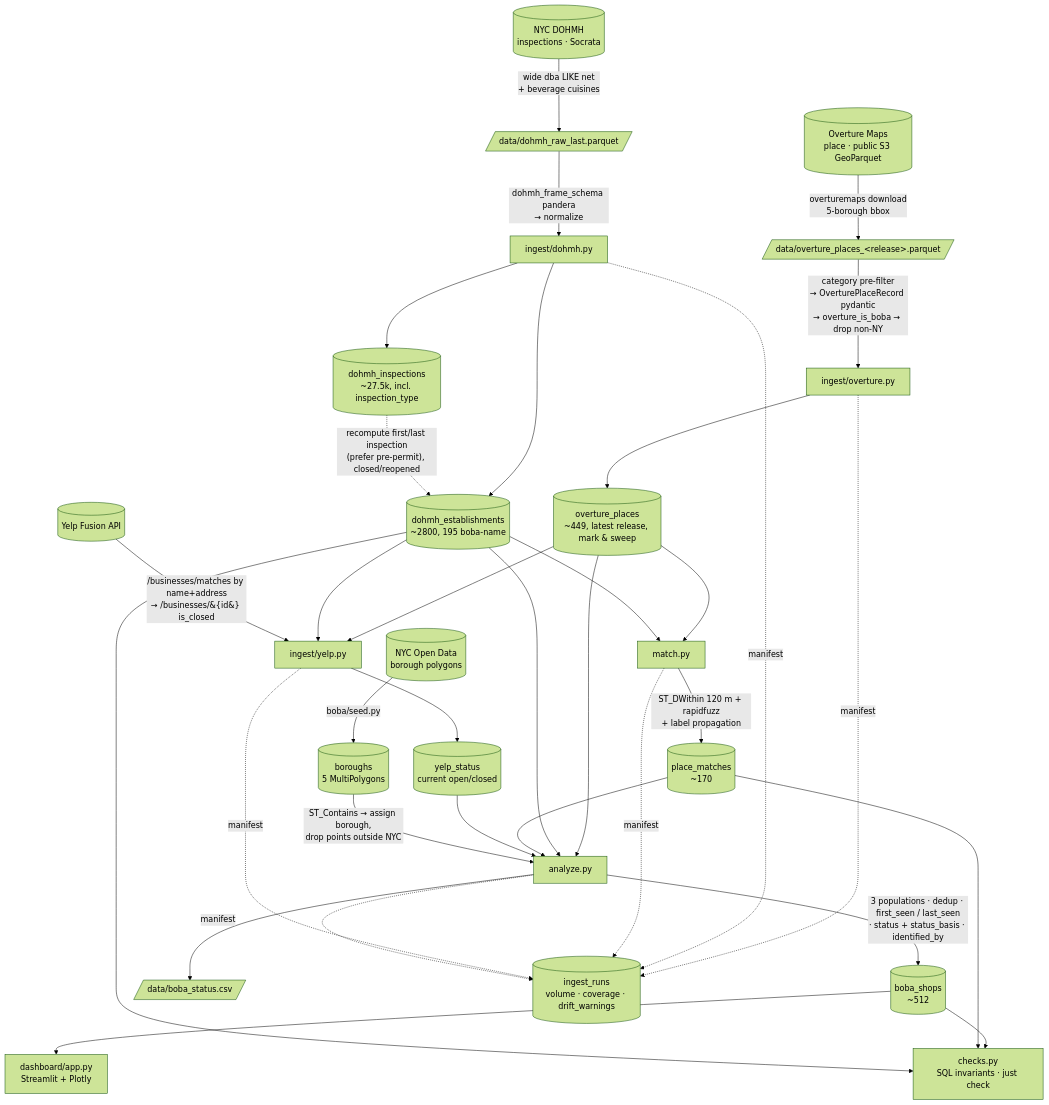
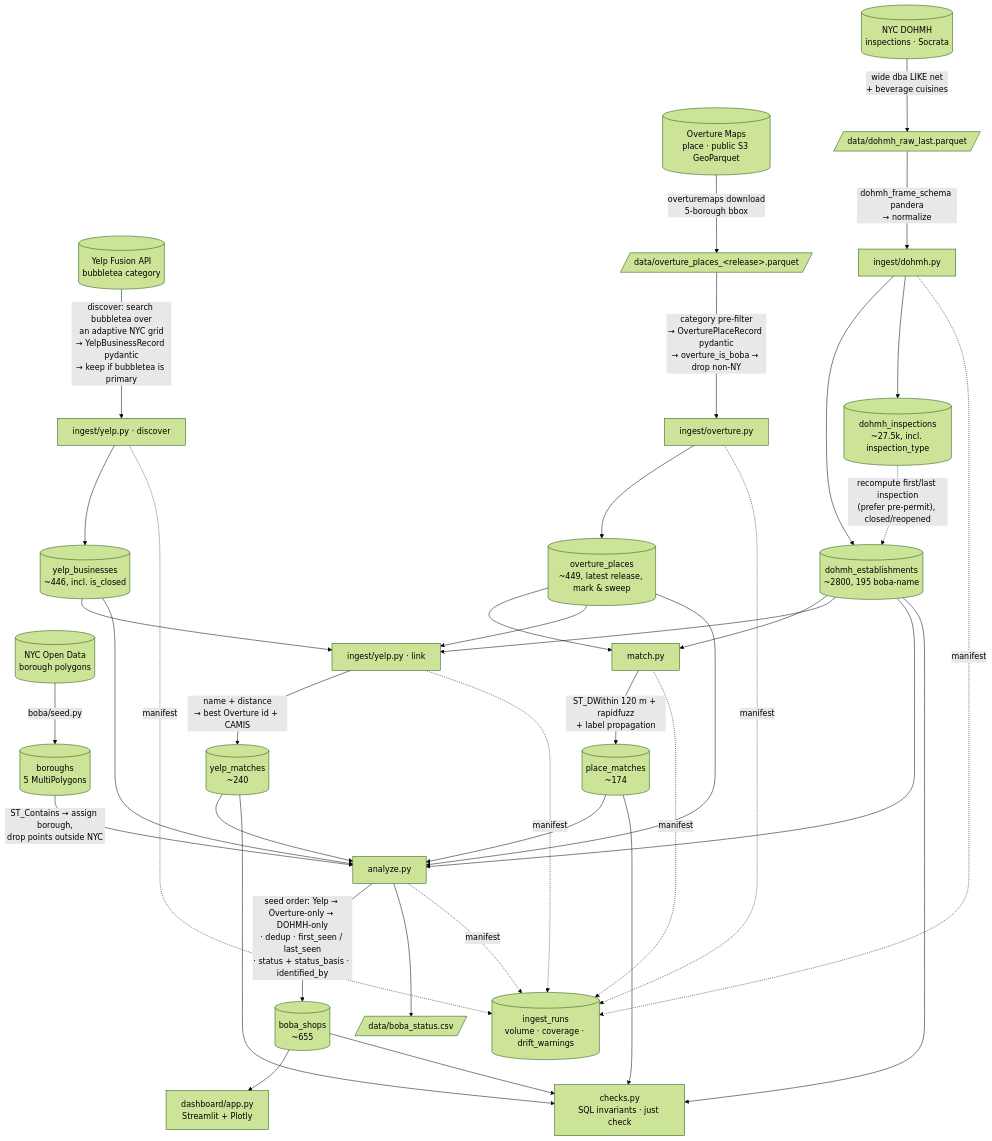
The diagram in docs/pipeline.md (curryman888x/boba_joints), drawn with Mermaid (forest theme) before and after one commit. The commit also changed other lines of this file and 13 other files, not shown here.

First line of the commit message:
Clean codebase + docs for the Yelp-primary direction

````diff
--- a/docs/pipeline.md
+++ b/docs/pipeline.md
@@ -5,49 +9,55 @@
 ```mermaid
 flowchart TD
     OV[(Overture Maps<br/>place · public S3 GeoParquet)]
     DH[(NYC DOHMH<br/>inspections · Socrata)]
     NB[(NYC Open Data<br/>borough polygons)]
-    YP[(Yelp Fusion API)]
+    YP[(Yelp Fusion API<br/>bubbletea category)]
 
     NB -->|boba/seed.py| BORO[(boroughs<br/>5 MultiPolygons)]
 
     OV -->|overturemaps download<br/>5-borough bbox| OVDL[/data/overture_places_&lt;release&gt;.parquet/]
     DH -->|wide dba LIKE net<br/>+ beverage cuisines| DHDL[/data/dohmh_raw_last.parquet/]
 
     OVDL -->|category pre-filter<br/>→ OverturePlaceRecord pydantic<br/>→ overture_is_boba → drop non-NY| OVI[ingest/overture.py]
     DHDL -->|dohmh_frame_schema pandera<br/>→ normalize| DHI[ingest/dohmh.py]
 
     OVI --> OP[(overture_places<br/>~449, latest release, mark & sweep)]
     DHI --> DE[(dohmh_establishments<br/>~2800, 195 boba-name)]
     DHI --> DI[(dohmh_inspections<br/>~27.5k, incl. inspection_type)]
     DI -. recompute first/last inspection<br/>(prefer pre-permit), closed/reopened .-> DE
 
     OP --> M[match.py]
     DE --> M
-    M -->|ST_DWithin 120 m + rapidfuzz<br/>+ label propagation| PM[(place_matches<br/>~170)]
+    M -->|ST_DWithin 120 m + rapidfuzz<br/>+ label propagation| PM[(place_matches<br/>~174)]
 
-    OP --> Y[ingest/yelp.py]
-    DE --> Y
-    YP -->|/businesses/matches by name+address<br/>→ /businesses/&#123;id&#125; is_closed| Y
-    Y --> YS[(yelp_status<br/>current open/closed)]
+    YP -->|discover: search bubbletea over<br/>an adaptive NYC grid<br/>→ YelpBusinessRecord pydantic<br/>→ keep if bubbletea is primary| YD[ingest/yelp.py · discover]
+    YD --> YB[(yelp_businesses<br/>~446, incl. is_closed)]
 
-    OP --> A[analyze.py]
+    YB --> YL[ingest/yelp.py · link]
+    OP --> YL
+    DE --> YL
+    YL -->|name + distance<br/>→ best Overture id + CAMIS| YM[(yelp_matches<br/>~240)]
+
+    YB --> A[analyze.py]
+    YM --> A
+    OP --> A
     DE --> A
     PM --> A
-    YS --> A
     BORO -->|ST_Contains → assign borough,<br/>drop points outside NYC| A
-    A -->|3 populations · dedup · first_seen / last_seen<br/>· status + status_basis · identified_by| BS[(boba_shops<br/>~512)]
+    A -->|seed order: Yelp → Overture-only → DOHMH-only<br/>· dedup · first_seen / last_seen<br/>· status + status_basis · identified_by| BS[(boba_shops<br/>~655)]
     A --> CSV[/data/boba_status.csv/]
 
     BS --> DASH[dashboard/app.py<br/>Streamlit + Plotly]
 
     OVI -. manifest .-> IR[(ingest_runs<br/>volume · coverage · drift_warnings)]
     DHI -. manifest .-> IR
     M -. manifest .-> IR
-    Y -. manifest .-> IR
+    YD -. manifest .-> IR
+    YL -. manifest .-> IR
     A -. manifest .-> IR
 
     BS --> CHK[checks.py<br/>SQL invariants · just check]
     PM --> CHK
+    YM --> CHK
     DE --> CHK
 ```
````
